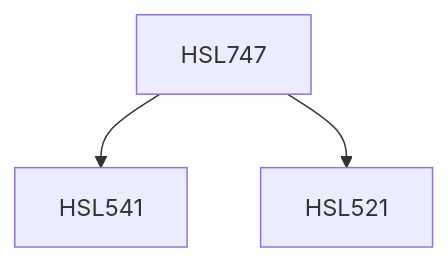
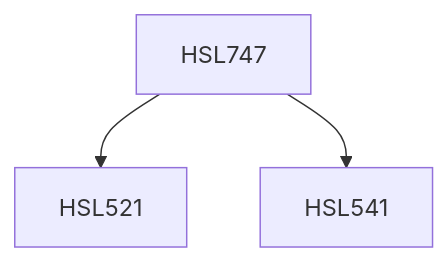
One commit to KeshavBansal0122/CoS_Website changed the diagram in content/Humanities and Social Sciences/HSL747.md. Above: the diagram before and after it, drawn with Mermaid. The commit also changed other lines of this file and 2662 other files, not shown here.

````diff
--- a/content/Humanities and Social Sciences/HSL747.md
+++ b/content/Humanities and Social Sciences/HSL747.md
@@ -13,9 +13,9 @@
 ```mermaid
 flowchart TD
 HSL747-402[HSL747]
+HSL747-402 --> HSL521-402[HSL521]
 HSL747-402 --> HSL541-402[HSL541]
-HSL747-402 --> HSL521-402[HSL521]
 
 classDef empty height:17px, fill:transparent, stroke:transparent;
 classDef trueEmpty height:0px, width:0px;
 ```
````
